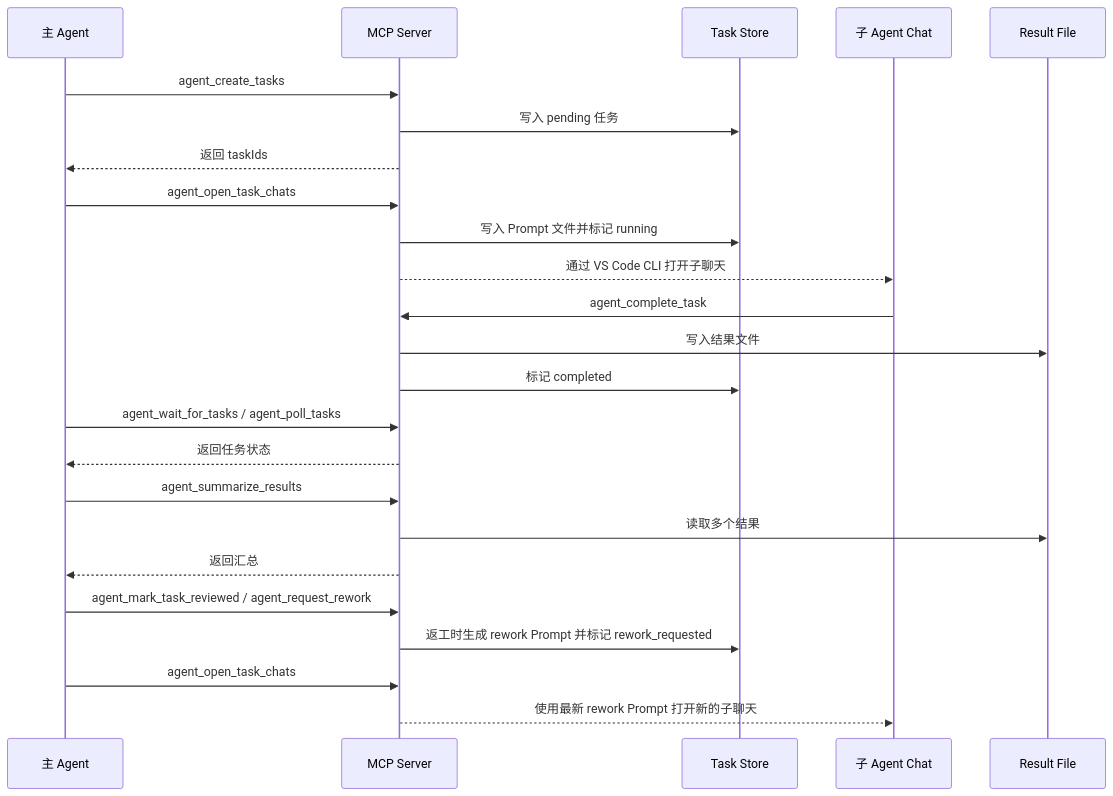
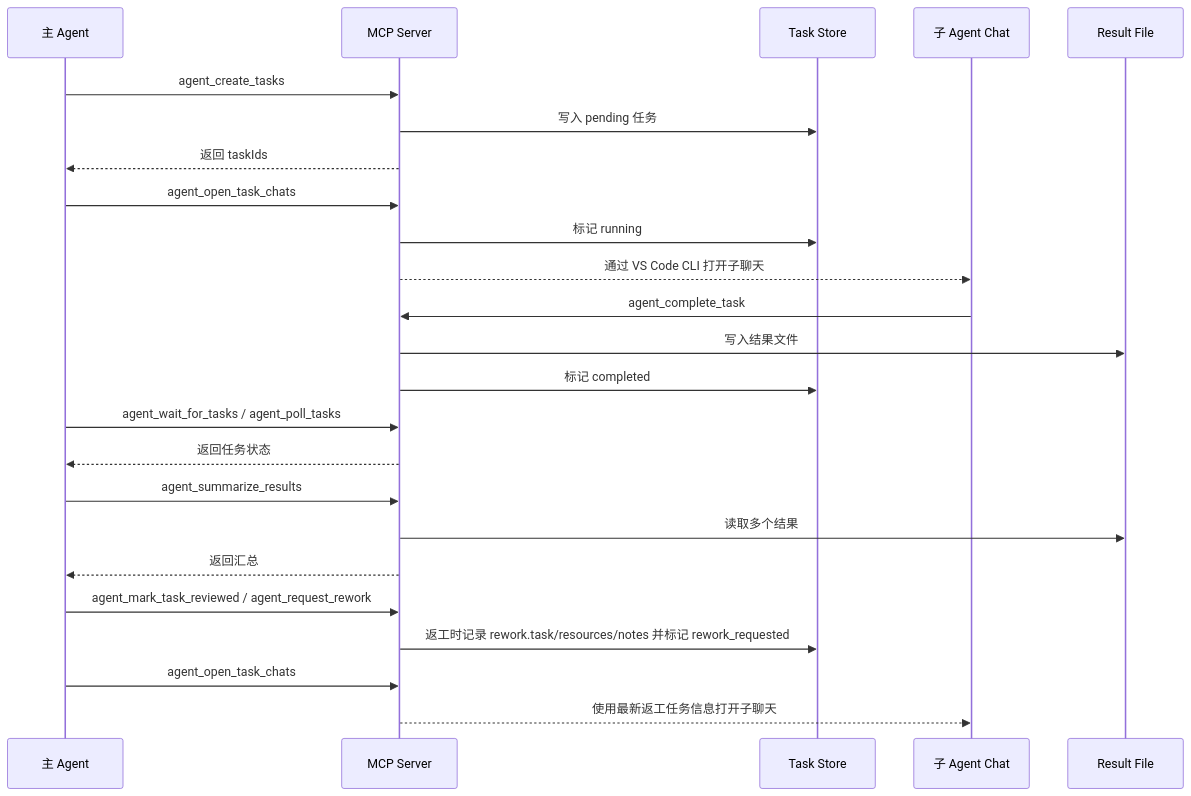
One commit to TomorrowLM/lm-ai-future changed the second of 2 diagrams in front/mcp/agent-orchestrator-mcp/README.md. Above: the diagram before and after it, drawn with Mermaid. The commit also changed other lines of this file and 13 other files, not shown here.

````diff
--- a/front/mcp/agent-orchestrator-mcp/README.md
+++ b/front/mcp/agent-orchestrator-mcp/README.md
@@ -182,27 +183,27 @@
 ```mermaid
 sequenceDiagram
 	participant Main as 主 Agent
 	participant MCP as MCP Server
 	participant Store as Task Store
 	participant Chat as 子 Agent Chat
 	participant Result as Result File
 
 	Main->>MCP: agent_create_tasks
 	MCP->>Store: 写入 pending 任务
 	MCP-->>Main: 返回 taskIds
 	Main->>MCP: agent_open_task_chats
-	MCP->>Store: 写入 Prompt 文件并标记 running
+	MCP->>Store: 标记 running
 	MCP-->>Chat: 通过 VS Code CLI 打开子聊天
 	Chat->>MCP: agent_complete_task
 	MCP->>Result: 写入结果文件
 	MCP->>Store: 标记 completed
 	Main->>MCP: agent_wait_for_tasks / agent_poll_tasks
 	MCP-->>Main: 返回任务状态
 	Main->>MCP: agent_summarize_results
 	MCP->>Result: 读取多个结果
 	MCP-->>Main: 返回汇总
 	Main->>MCP: agent_mark_task_reviewed / agent_request_rework
-	MCP->>Store: 返工时生成 rework Prompt 并标记 rework_requested
+	MCP->>Store: 返工时记录 rework.task/resources/notes 并标记 rework_requested
 	Main->>MCP: agent_open_task_chats
-	MCP-->>Chat: 使用最新 rework Prompt 打开新的子聊天
+	MCP-->>Chat: 使用最新返工任务信息打开子聊天
 ```
````
